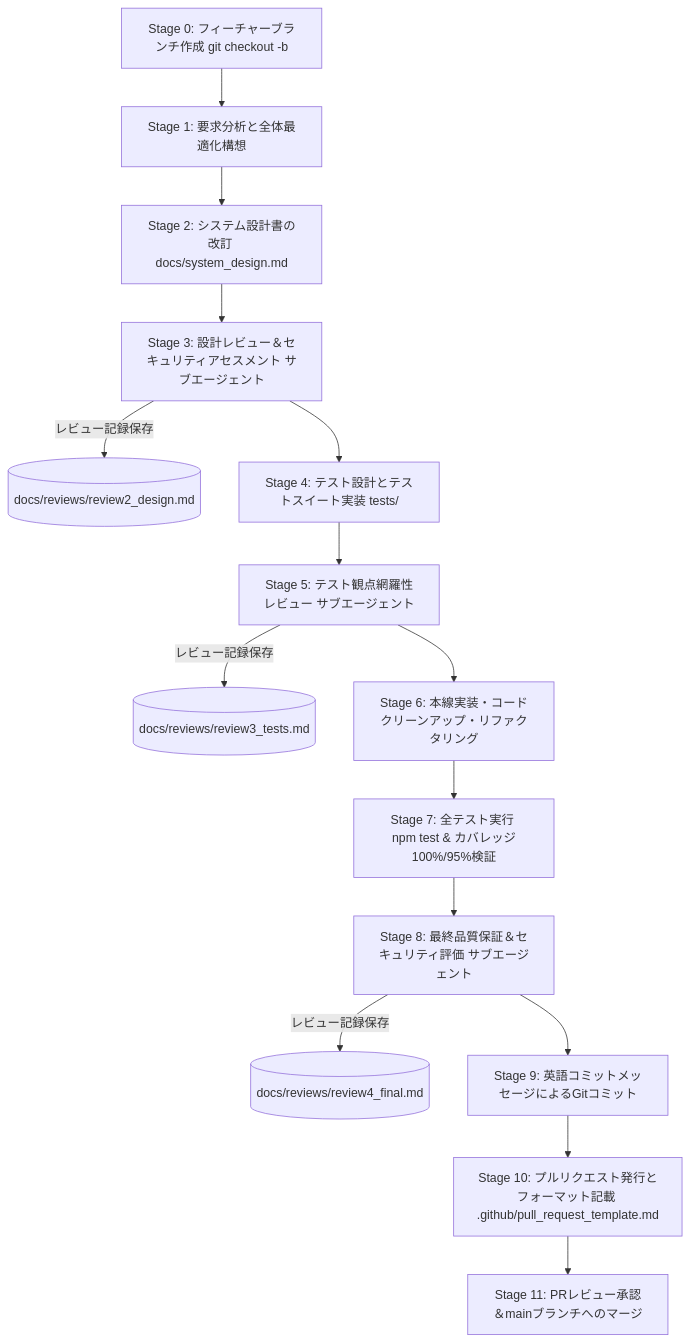
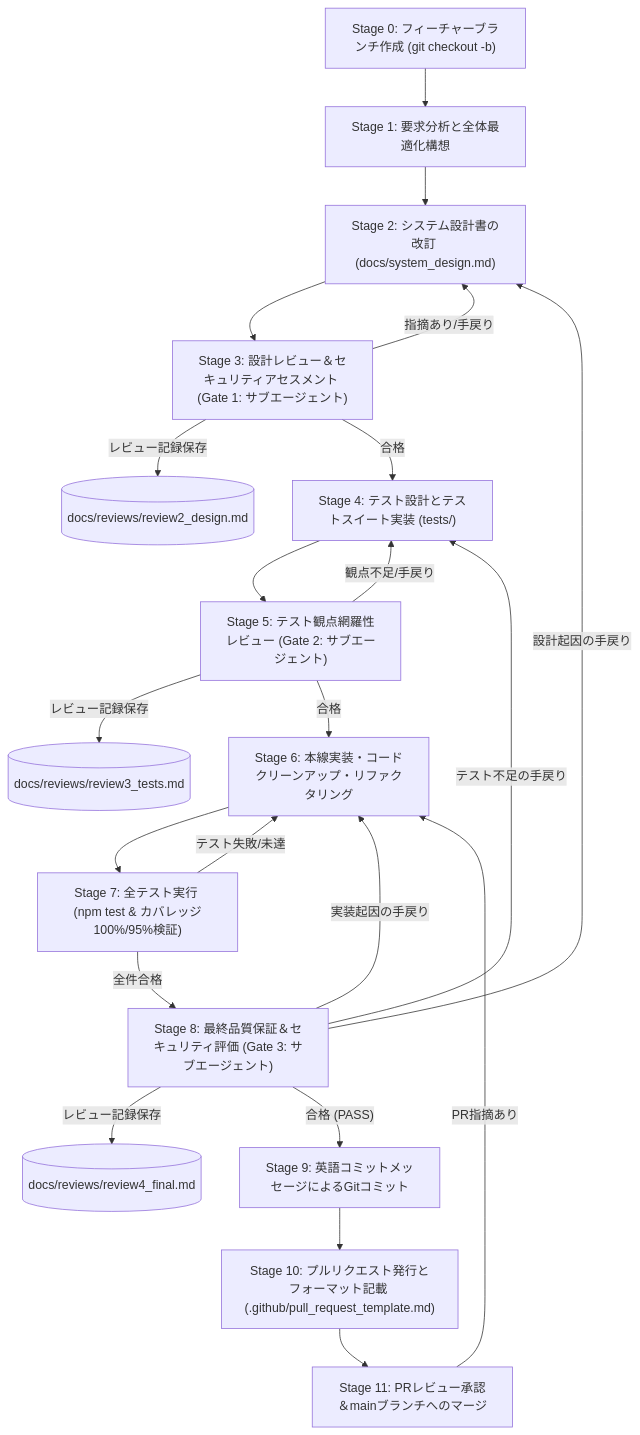
One commit to tekuteku-life/kogaidocs changed the first of 2 diagrams in docs/development_process.md. Above: the diagram before and after it, drawn with Mermaid. The commit also changed other lines of this file and 1 other file, not shown here.

````diff
--- a/docs/development_process.md
+++ b/docs/development_process.md
@@ -30,17 +36,24 @@
 ```mermaid
 flowchart TD
-	S0[Stage 0: フィーチャーブランチ作成 git checkout -b] --> S1[Stage 1: 要求分析と全体最適化構想]
-	S1 --> S2[Stage 2: システム設計書の改訂 docs/system_design.md]
-	S2 --> S3[Stage 3: 設計レビュー＆セキュリティアセスメント サブエージェント]
-	S3 -->|レビュー記録保存| D1[(docs/reviews/review2_design.md)]
-	S3 --> S4[Stage 4: テスト設計とテストスイート実装 tests/]
-	S4 --> S5[Stage 5: テスト観点網羅性レビュー サブエージェント]
-	S5 -->|レビュー記録保存| D2[(docs/reviews/review3_tests.md)]
-	S5 --> S6[Stage 6: 本線実装・コードクリーンアップ・リファクタリング]
-	S6 --> S7[Stage 7: 全テスト実行 npm test & カバレッジ100%/95%検証]
-	S7 --> S8[Stage 8: 最終品質保証＆セキュリティ評価 サブエージェント]
-	S8 -->|レビュー記録保存| D3[(docs/reviews/review4_final.md)]
-	S8 --> S9[Stage 9: 英語コミットメッセージによるGitコミット]
-	S9 --> S10[Stage 10: プルリクエスト発行とフォーマット記載 .github/pull_request_template.md]
-	S10 --> S11[Stage 11: PRレビュー承認＆mainブランチへのマージ]
+	S0["Stage 0: フィーチャーブランチ作成 (git checkout -b)"] --> S1["Stage 1: 要求分析と全体最適化構想"]
+	S1 --> S2["Stage 2: システム設計書の改訂 (docs/system_design.md)"]
+	S2 --> S3["Stage 3: 設計レビュー＆セキュリティアセスメント (Gate 1: サブエージェント)"]
+	S3 -->|レビュー記録保存| D1[("docs/reviews/review2_design.md")]
+	S3 -- "指摘あり/手戻り" --> S2
+	S3 -- "合格" --> S4["Stage 4: テスト設計とテストスイート実装 (tests/)"]
+	S4 --> S5["Stage 5: テスト観点網羅性レビュー (Gate 2: サブエージェント)"]
+	S5 -->|レビュー記録保存| D2[("docs/reviews/review3_tests.md")]
+	S5 -- "観点不足/手戻り" --> S4
+	S5 -- "合格" --> S6["Stage 6: 本線実装・コードクリーンアップ・リファクタリング"]
+	S6 --> S7["Stage 7: 全テスト実行 (npm test & カバレッジ100%/95%検証)"]
+	S7 -- "テスト失敗/未達" --> S6
+	S7 -- "全件合格" --> S8["Stage 8: 最終品質保証＆セキュリティ評価 (Gate 3: サブエージェント)"]
+	S8 -->|レビュー記録保存| D3[("docs/reviews/review4_final.md")]
+	S8 -- "設計起因の手戻り" --> S2
+	S8 -- "テスト不足の手戻り" --> S4
+	S8 -- "実装起因の手戻り" --> S6
+	S8 -- "合格 (PASS)" --> S9["Stage 9: 英語コミットメッセージによるGitコミット"]
+	S9 --> S10["Stage 10: プルリクエスト発行とフォーマット記載 (.github/pull_request_template.md)"]
+	S10 --> S11["Stage 11: PRレビュー承認＆mainブランチへのマージ"]
+	S11 -- "PR指摘あり" --> S6
 ```
````
